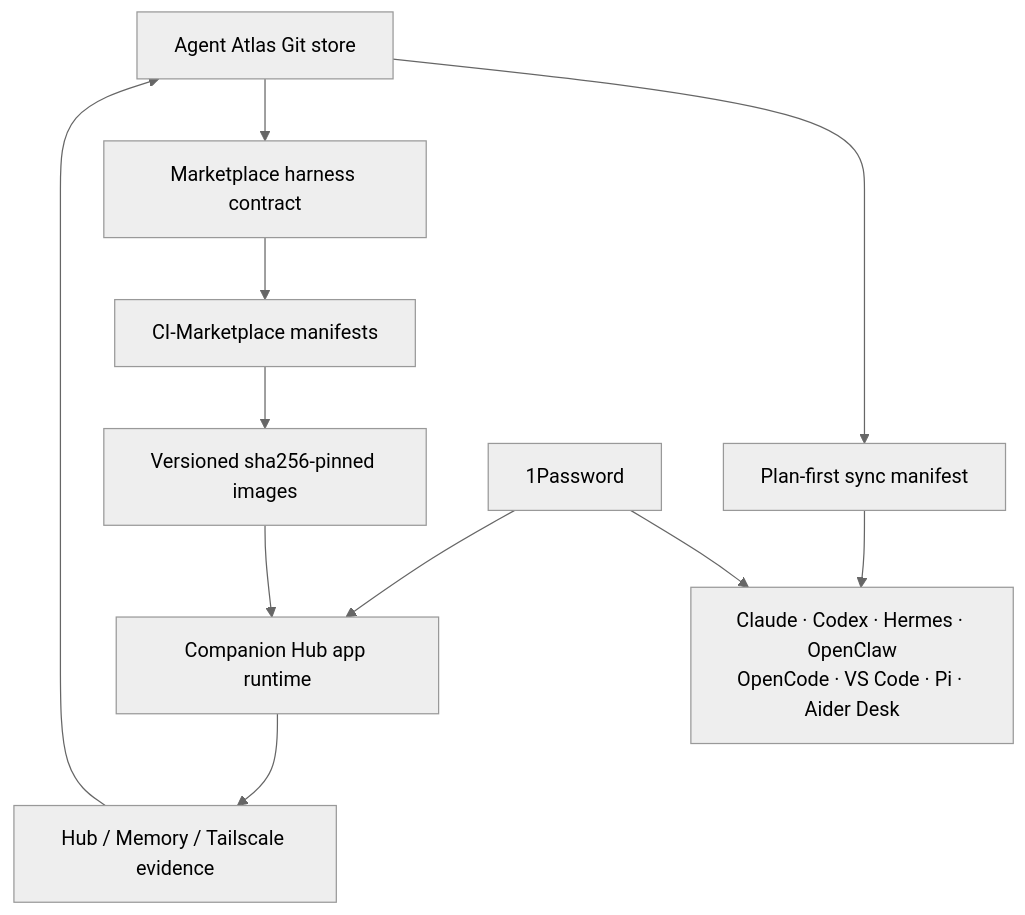
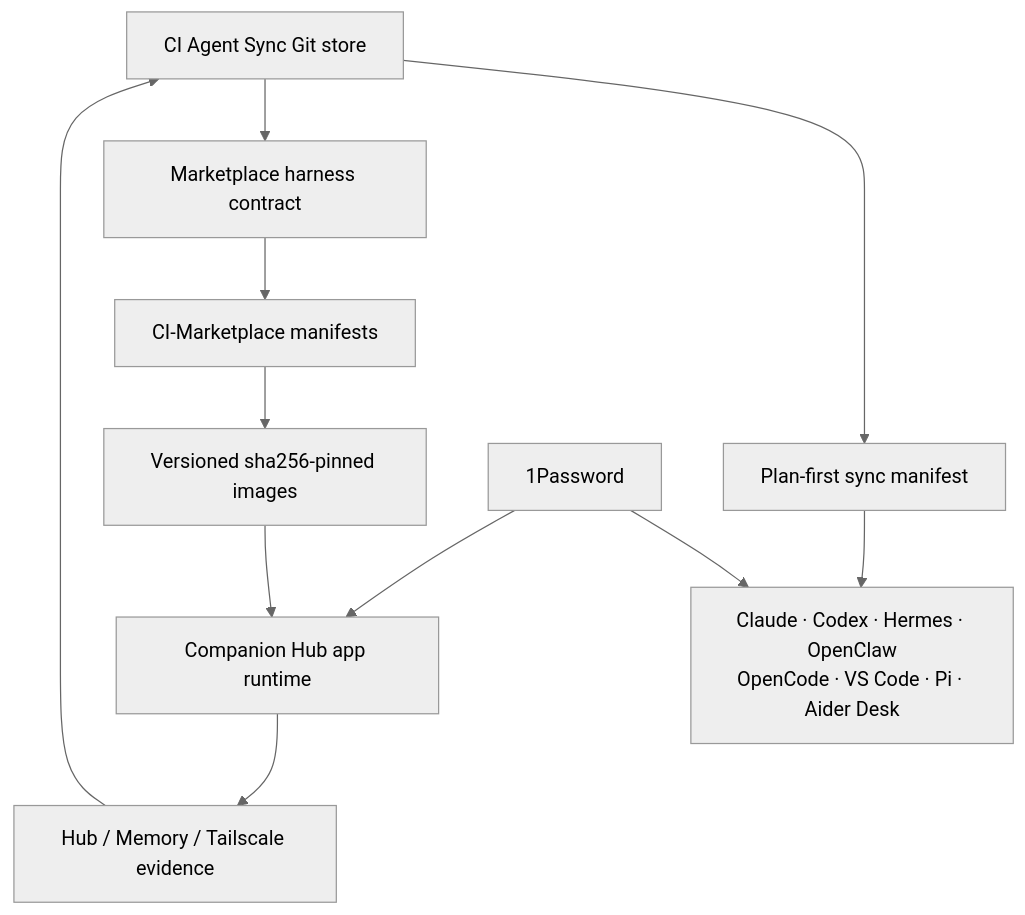
The second of 2 diagrams in README.md (companionintelligence/CI-Agent-Sync), drawn with Mermaid (neutral theme) before and after one commit. The commit also changed other lines of this file, not shown here.

Commit message:
Rename Agent Atlas to CI Agent Sync in README

````diff
--- a/README.md
+++ b/README.md
@@ -140,13 +140,13 @@
 ```mermaid
 flowchart TD
-  Store[Agent Atlas Git store] --> Sync[Plan-first sync manifest]
+  Store[CI Agent Sync Git store] --> Sync[Plan-first sync manifest]
   Sync --> Clients[Claude · Codex · Hermes · OpenClaw<br/>OpenCode · VS Code · Pi · Aider Desk]
   Store --> Contract[Marketplace harness contract]
   Contract --> Catalog[CI-Marketplace manifests]
   Catalog --> Images[Versioned sha256-pinned images]
   Images --> Hub[Companion Hub app runtime]
   Vault[1Password] --> Clients
   Vault --> Hub
   Hub --> Evidence[Hub / Memory / Tailscale evidence]
   Evidence --> Store
 ```
````
